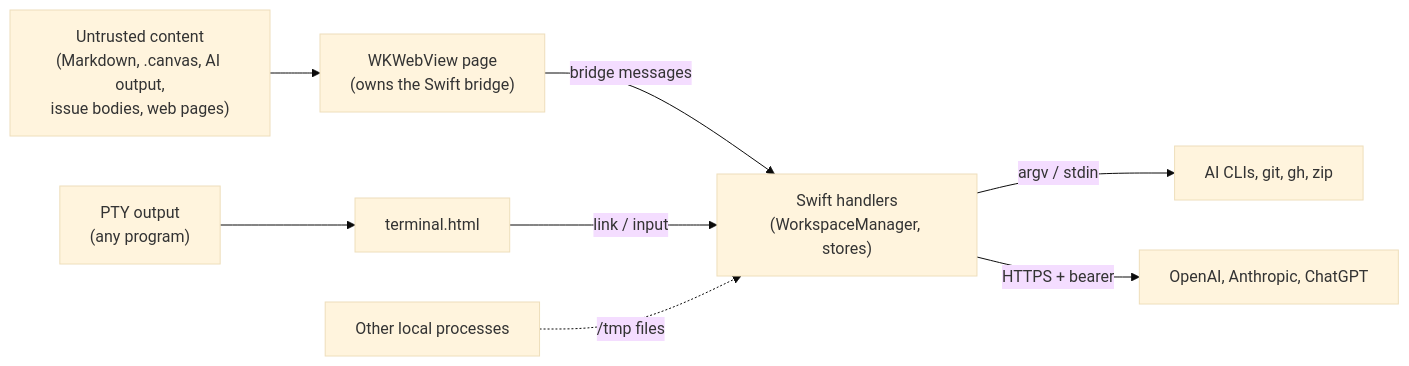
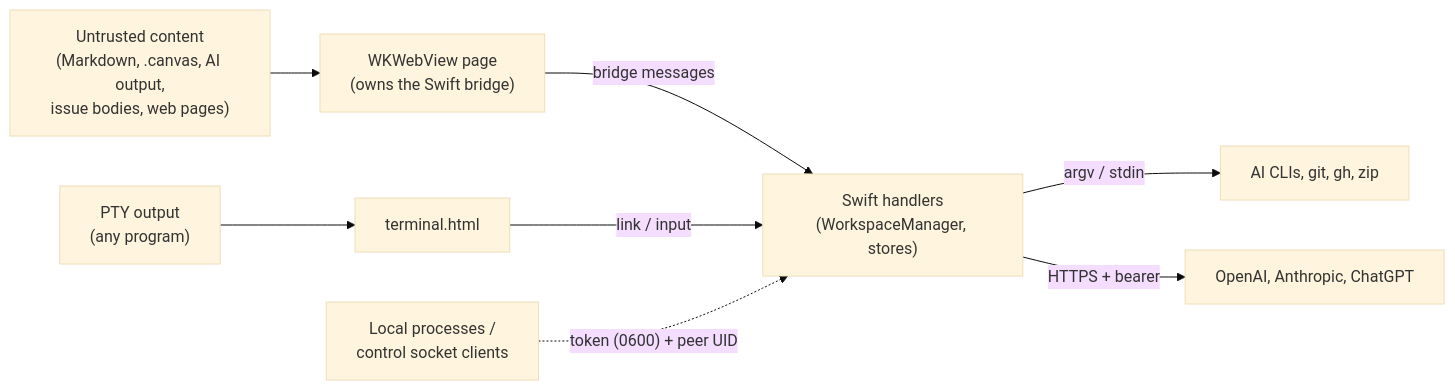
Before and after one commit to t-boris/MarkView: the diagram in docs/architecture/security.md, drawn with Mermaid (base theme). The commit also changed other lines of this file and 26 other files, not shown here.

Commit message:
docs(spec): sync architecture docs/specs, add Section 6 rules, bump version to 6.26.1

````diff
--- a/docs/architecture/security.md
+++ b/docs/architecture/security.md
@@ -10,9 +10,9 @@
 ```mermaid
 flowchart LR
   Doc["Untrusted content<br/>(Markdown, .canvas, AI output,<br/>issue bodies, web pages)"] --> Web["WKWebView page<br/>(owns the Swift bridge)"]
   Web -- "bridge messages" --> Swift["Swift handlers<br/>(WorkspaceManager, stores)"]
   Swift -- "argv / stdin" --> CLI["AI CLIs, git, gh, zip"]
   Swift -- "HTTPS + bearer" --> Net["OpenAI, Anthropic, ChatGPT"]
   Term["PTY output<br/>(any program)"] --> TermWeb["terminal.html"] -- "link / input" --> Swift
-  Local["Other local processes"] -. "/tmp files" .-> Swift
+  Local["Local processes /<br/>control socket clients"] -. "token (0600) + peer UID" .-> Swift
 ```
````
